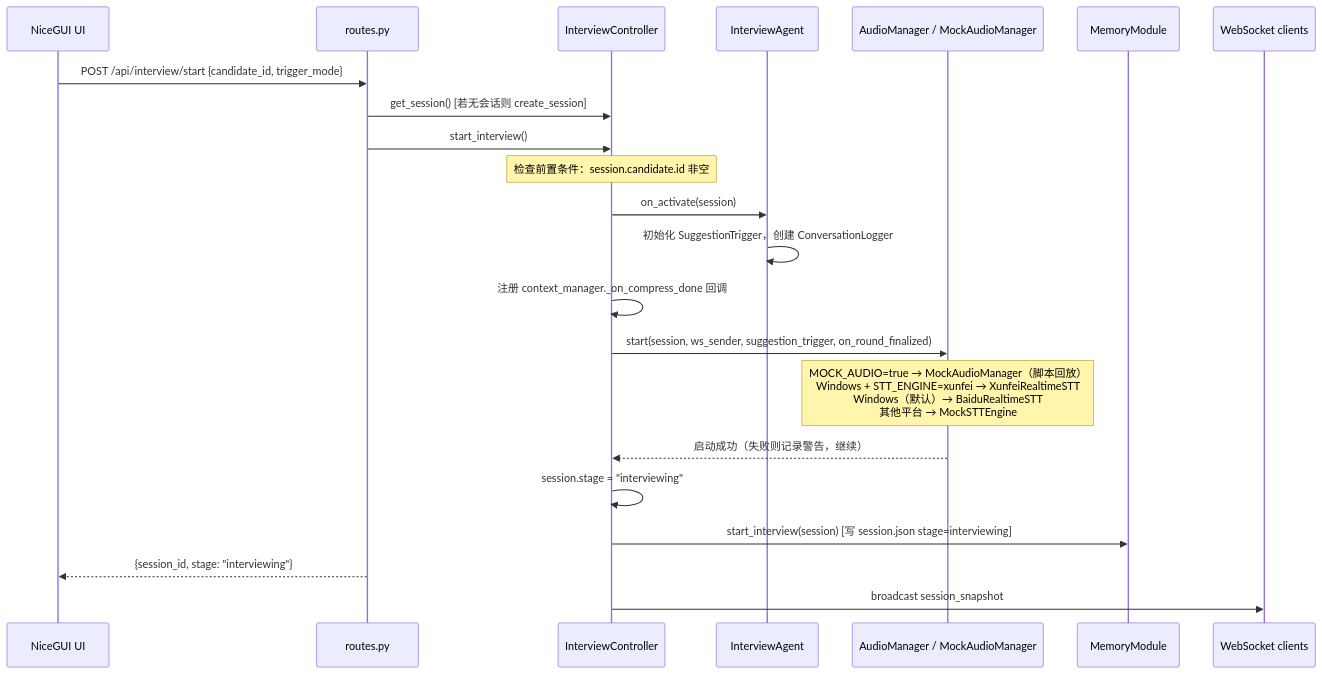
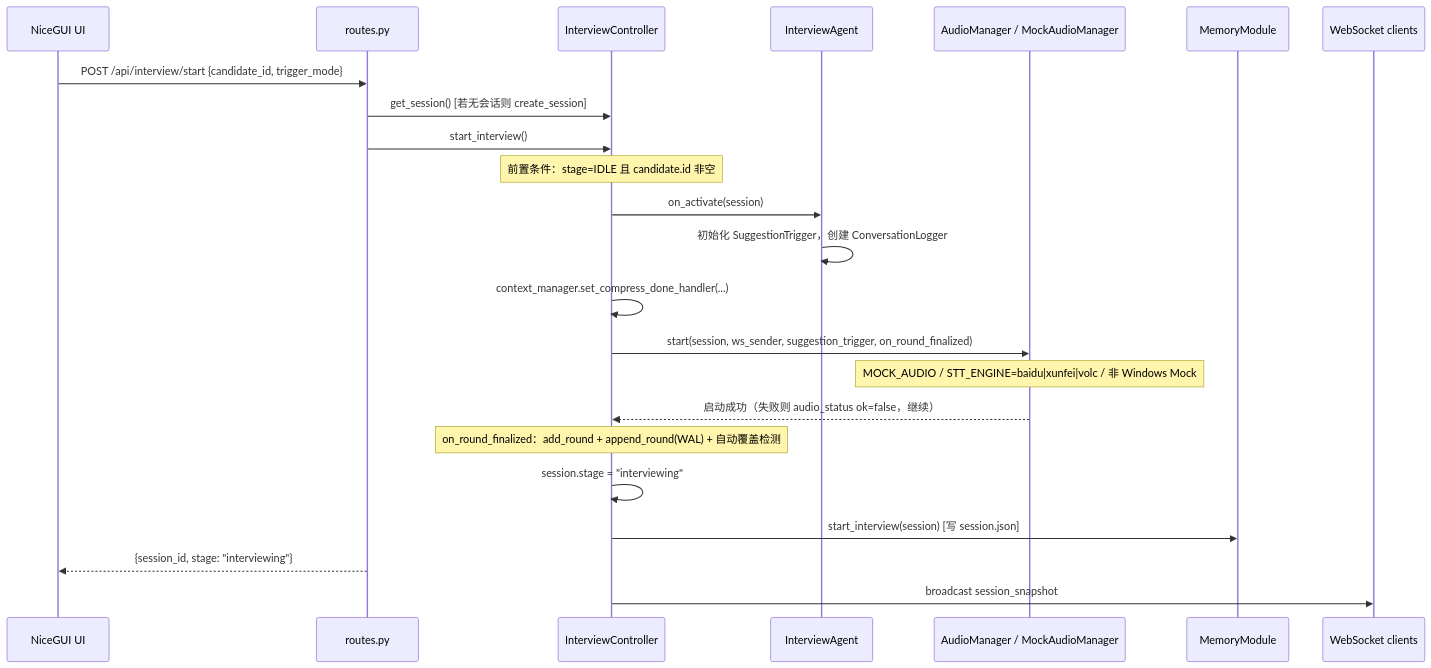
The second of 4 diagrams in docs/arc/flows.md (dygcjlu/interviewer-assistant), drawn with Mermaid before and after one commit. The commit also changed other lines of this file and 48 other files, not shown here.

First line of the commit message:
docs: sync arc docs with current architecture and prune obsolete notes

````diff
--- a/docs/arc/flows.md
+++ b/docs/arc/flows.md
@@ -83,25 +85,26 @@
 ```mermaid
 sequenceDiagram
     participant UI as NiceGUI UI
     participant REST as routes.py
     participant IC as InterviewController
     participant IA as InterviewAgent
     participant AM as AudioManager / MockAudioManager
     participant MM as MemoryModule
     participant WS as WebSocket clients
 
     UI->>REST: POST /api/interview/start {candidate_id, trigger_mode}
     REST->>IC: get_session() [若无会话则 create_session]
     REST->>IC: start_interview()
-    Note over IC: 检查前置条件：session.candidate.id 非空
+    Note over IC: 前置条件：stage=IDLE 且 candidate.id 非空
     IC->>IA: on_activate(session)
     IA->>IA: 初始化 SuggestionTrigger，创建 ConversationLogger
-    IC->>IC: 注册 context_manager._on_compress_done 回调
+    IC->>IC: context_manager.set_compress_done_handler(...)
     IC->>AM: start(session, ws_sender, suggestion_trigger, on_round_finalized)
-    Note over AM: MOCK_AUDIO=true → MockAudioManager（脚本回放）<br/>Windows + STT_ENGINE=xunfei → XunfeiRealtimeSTT<br/>Windows（默认）→ BaiduRealtimeSTT<br/>其他平台 → MockSTTEngine
-    AM-->>IC: 启动成功（失败则记录警告，继续）
+    Note over AM: MOCK_AUDIO / STT_ENGINE=baidu|xunfei|volc / 非 Windows Mock
+    AM-->>IC: 启动成功（失败则 audio_status ok=false，继续）
+    Note over IC: on_round_finalized：add_round + append_round(WAL) + 自动覆盖检测
     IC->>IC: session.stage = "interviewing"
-    IC->>MM: start_interview(session) [写 session.json stage=interviewing]
+    IC->>MM: start_interview(session) [写 session.json]
     REST-->>UI: {session_id, stage: "interviewing"}
     IC->>WS: broadcast session_snapshot
 ```
````
